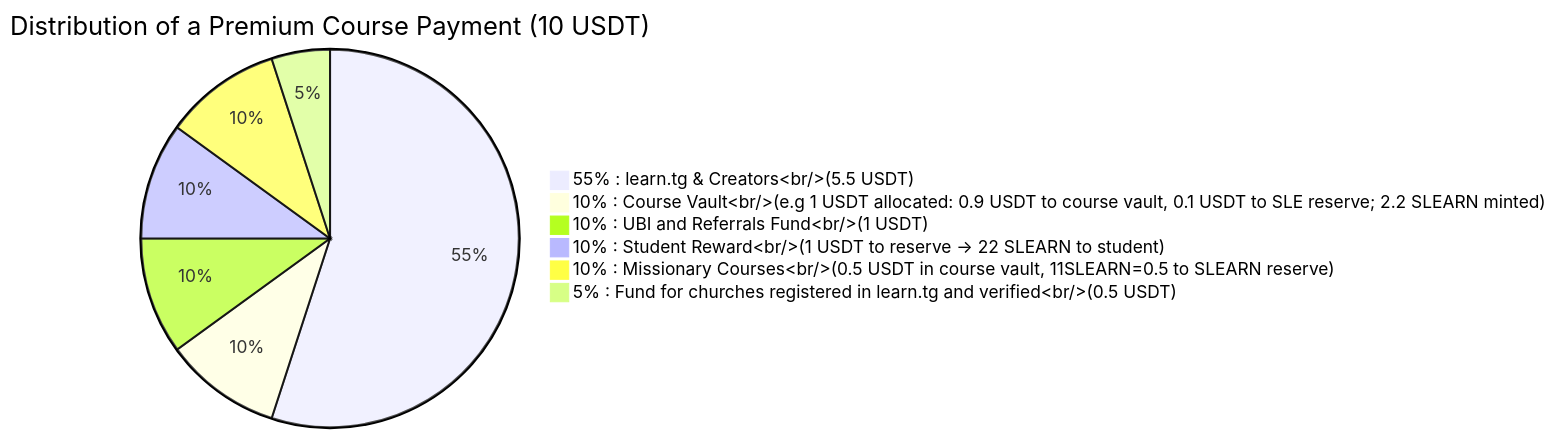
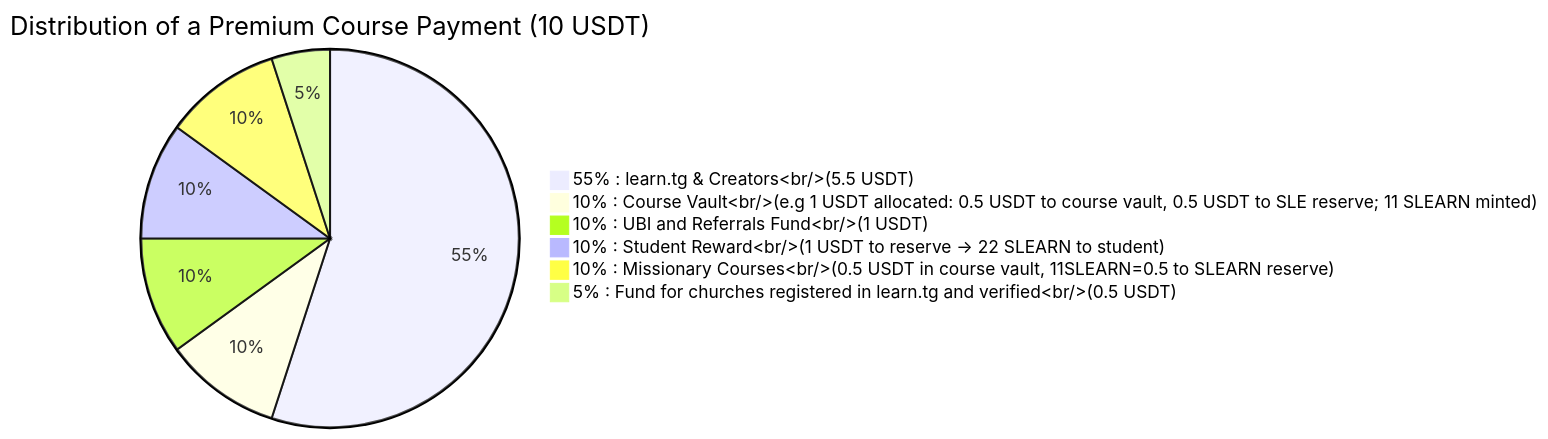
One commit to pasosdeJesus/learn.tg changed the second of 2 diagrams in SLEARN-WHITEPAPER.md. Above: the diagram before and after it, drawn with Mermaid. The commit also changed other lines of this file, not shown here.

First line of the commit message:
Revise SLEARN whitepaper sections and payment details

````diff
--- a/SLEARN-WHITEPAPER.md
+++ b/SLEARN-WHITEPAPER.md
@@ -120,10 +120,10 @@
 ```mermaid
 pie
     title Distribution of a Premium Course Payment (10 USDT)
     "55% : learn.tg & Creators<br/>(5.5 USDT)" : 55
-    "10% : Course Vault<br/>(e.g 1 USDT allocated: 0.9 USDT to course vault, 0.1 USDT to SLE reserve; 2.2 SLEARN minted)" : 10
+    "10% : Course Vault<br/>(e.g 1 USDT allocated: 0.5 USDT to course vault, 0.5 USDT to SLE reserve; 11 SLEARN minted)" : 10
     "10% : UBI and Referrals Fund<br/>(1 USDT)" : 10
     "10% : Student Reward<br/>(1 USDT to reserve → 22 SLEARN to student)" : 10
     "10% : Missionary Courses<br/>(0.5 USDT in course vault, 11SLEARN=0.5 to SLEARN reserve)" : 10
     "5% : Fund for churches registered in learn.tg and verified<br/>(0.5 USDT)" : 5
 ```
````
